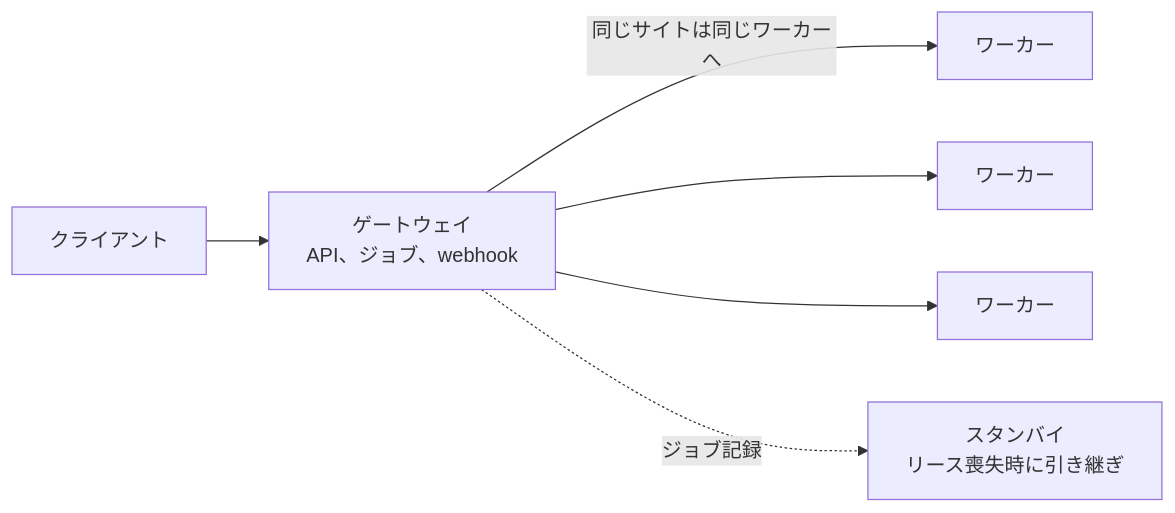
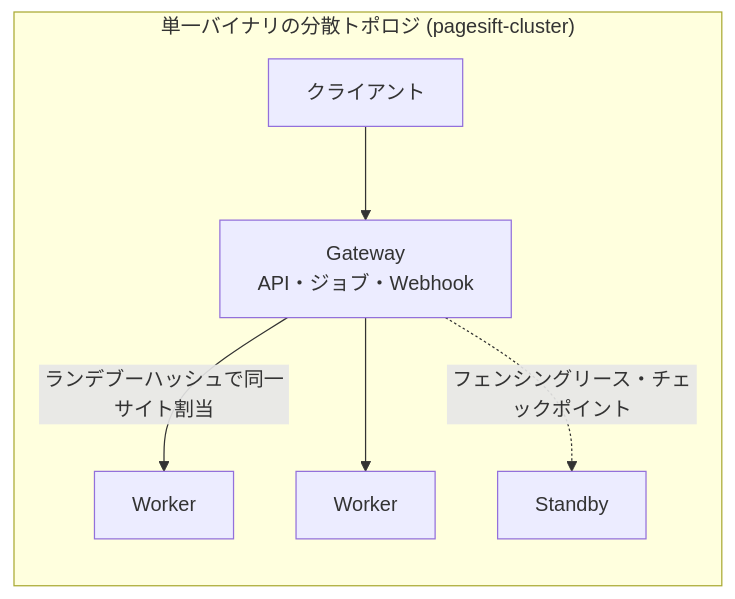
The fourth of 4 diagrams in docs/README.ja.md (YOLOW92/pagesift), drawn with Mermaid before and after one commit. The commit also changed other lines of this file and 77 other files, not shown here.

````diff
--- a/docs/README.ja.md
+++ b/docs/README.ja.md
@@ -310,8 +200,9 @@
 ```mermaid
 flowchart LR
-    C[クライアント] --> G[ゲートウェイ<br/>API、ジョブ、webhook]
-    G -->|同じサイトは同じワーカーへ| W1[ワーカー]
-    G --> W2[ワーカー]
-    G --> W3[ワーカー]
-    G -.->|ジョブ記録| S[スタンバイ<br/>リース喪失時に引き継ぎ]
+    subgraph Fleet["単一バイナリの分散トポロジ (pagesift-cluster)"]
+        C[クライアント] --> G[Gateway<br/>API・ジョブ・Webhook]
+        G -->|ランデブーハッシュで同一サイト割当| W1[Worker]
+        G --> W2[Worker]
+        G -.->|フェンシングリース・チェックポイント| S[Standby]
+    end
 ```
````
